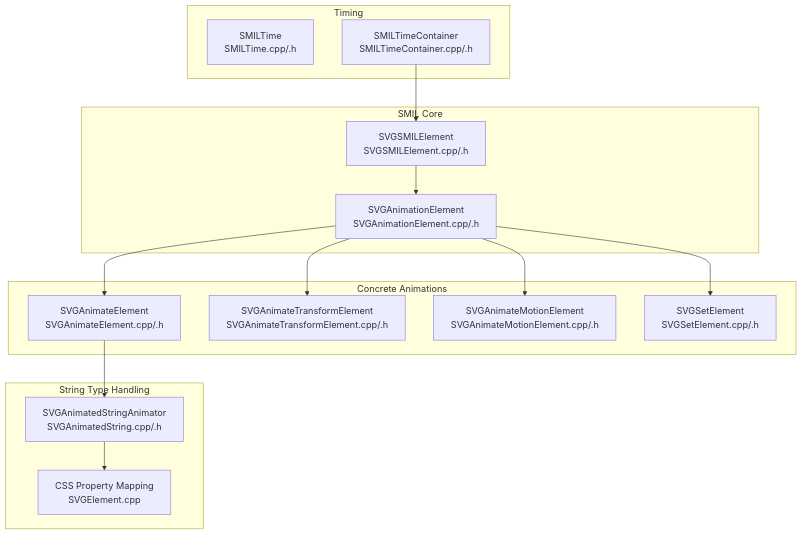
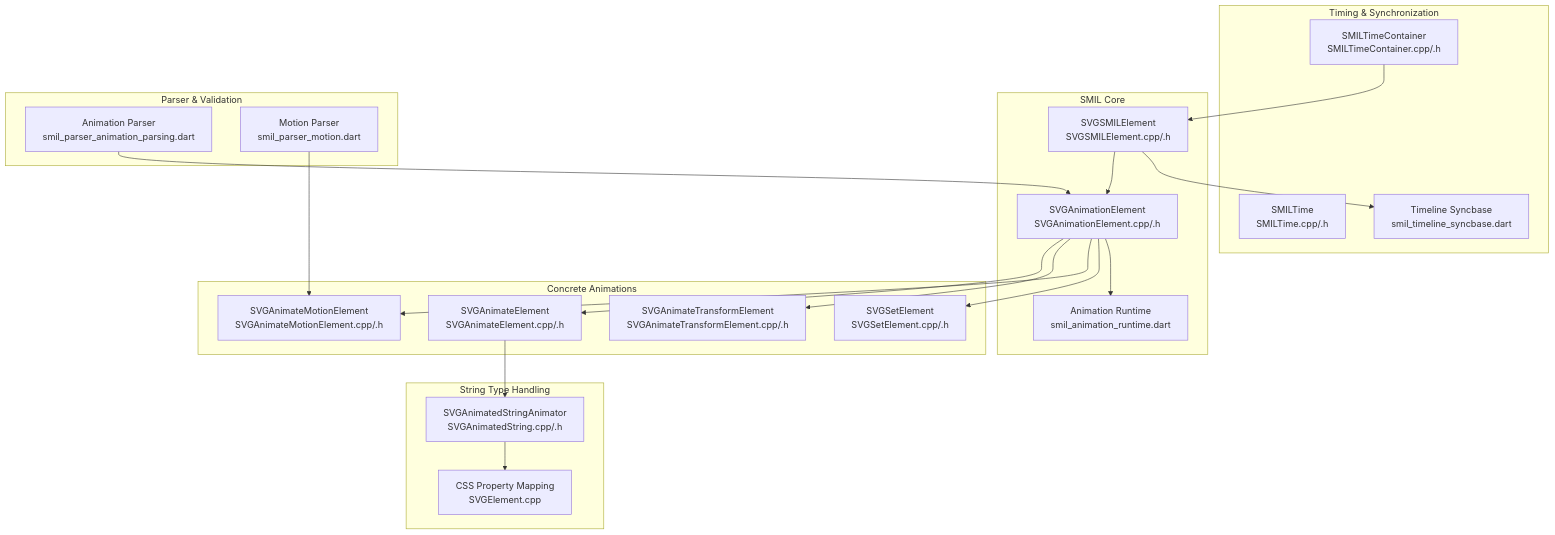
One commit to denisnadey/flutter_full_svg_support changed the first of 11 diagrams in .qoder/repowiki/en/content/Animated SVG Support/SMIL Animation Specification/SMIL Animation Specification.md. Above: the diagram before and after it, drawn with Mermaid. The commit also changed other lines of this file and 20 other files, not shown here.

````diff
--- a/.qoder/repowiki/en/content/Animated SVG Support/SMIL Animation Specification/SMIL Animation Specification.md
+++ b/.qoder/repowiki/en/content/Animated SVG Support/SMIL Animation Specification/SMIL Animation Specification.md
@@ -57,29 +69,39 @@
 ```mermaid
 graph TB
-subgraph "Timing"
+subgraph "Timing & Synchronization"
 T1["SMILTime<br/>SMILTime.cpp/.h"]
 T2["SMILTimeContainer<br/>SMILTimeContainer.cpp/.h"]
+TS["Timeline Syncbase<br/>smil_timeline_syncbase.dart"]
 end
 subgraph "SMIL Core"
 S1["SVGSMILElement<br/>SVGSMILElement.cpp/.h"]
 A1["SVGAnimationElement<br/>SVGAnimationElement.cpp/.h"]
+AR["Animation Runtime<br/>smil_animation_runtime.dart"]
 end
 subgraph "Concrete Animations"
 E1["SVGAnimateElement<br/>SVGAnimateElement.cpp/.h"]
 E2["SVGAnimateTransformElement<br/>SVGAnimateTransformElement.cpp/.h"]
 E3["SVGAnimateMotionElement<br/>SVGAnimateMotionElement.cpp/.h"]
 E4["SVGSetElement<br/>SVGSetElement.cpp/.h"]
 end
 subgraph "String Type Handling"
 ST1["SVGAnimatedStringAnimator<br/>SVGAnimatedString.cpp/.h"]
 ST2["CSS Property Mapping<br/>SVGElement.cpp"]
 end
+subgraph "Parser & Validation"
+P1["Animation Parser<br/>smil_parser_animation_parsing.dart"]
+P2["Motion Parser<br/>smil_parser_motion.dart"]
+end
 T2 --> S1
 S1 --> A1
 A1 --> E1
 A1 --> E2
 A1 --> E3
 A1 --> E4
 E1 --> ST1
 ST1 --> ST2
+S1 --> TS
+A1 --> AR
+P1 --> A1
+P2 --> E3
 ```
````
